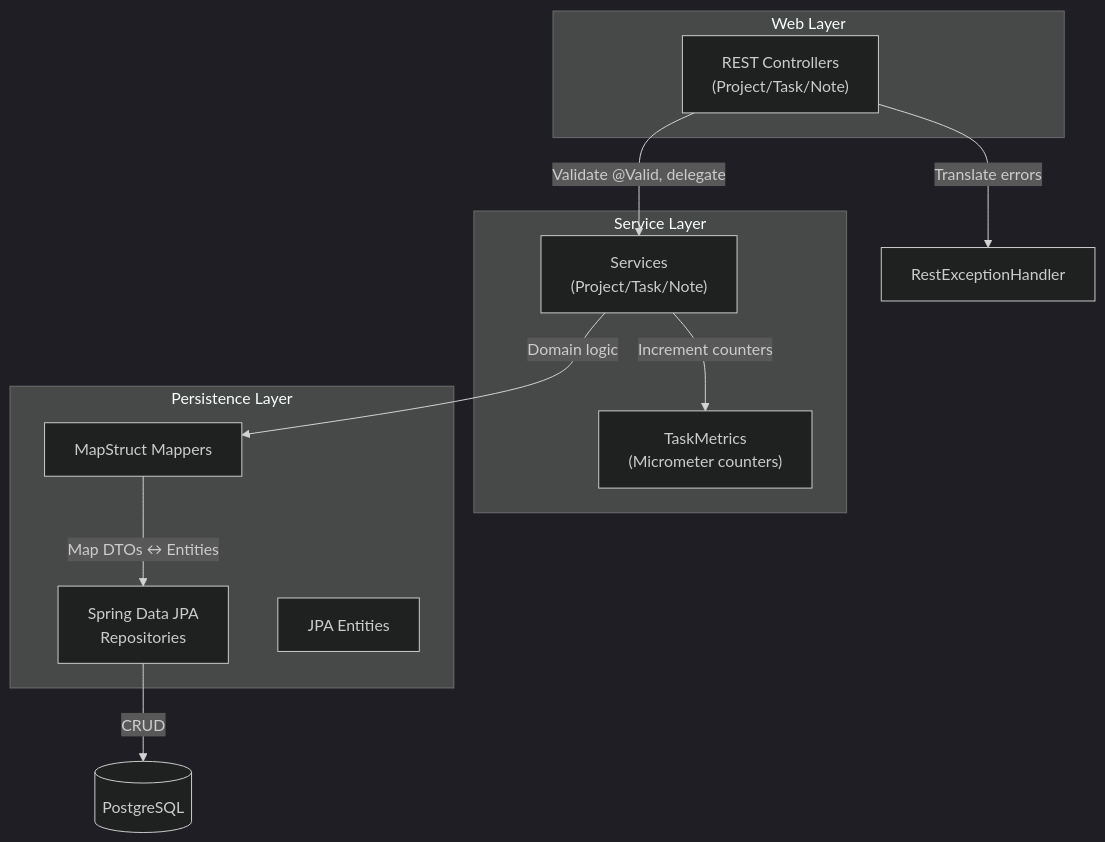
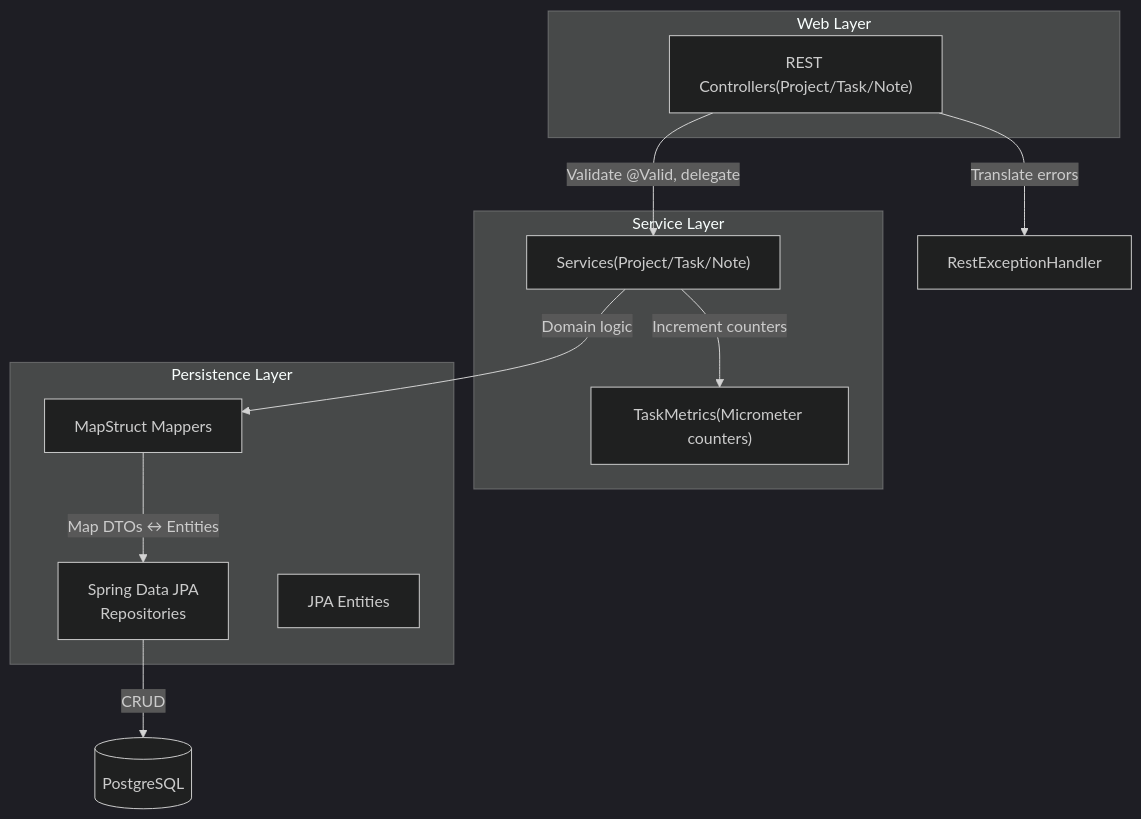
Before and after one commit to genzitizens/TaskManagement-Backend: the second of 4 diagrams in docs/architecture-diagrams.md, drawn with Mermaid (dark theme). The commit also changed other lines of this file, not shown here.

Commit message:
Updated Architecture Diagram

````diff
--- a/docs/architecture-diagrams.md
+++ b/docs/architecture-diagrams.md
@@ -24,21 +24,21 @@
 ```mermaid
 flowchart TD
     subgraph WebLayer[Web Layer]
-        Controllers["REST Controllers\n(Project/Task/Note)"]
+        Controllers["REST Controllers(Project/Task/Note)"]
     end
     subgraph ServiceLayer[Service Layer]
-        Services["Services\n(Project/Task/Note)"]
-        Metrics["TaskMetrics\n(Micrometer counters)"]
+        Services["Services(Project/Task/Note)"]
+        Metrics["TaskMetrics(Micrometer counters)"]
     end
     subgraph PersistenceLayer[Persistence Layer]
         Mappers["MapStruct Mappers"]
         Repositories["Spring Data JPA\nRepositories"]
         Entities["JPA Entities"]
     end
     Controllers -->|"Validate @Valid, delegate"| Services
     Services -->|"Domain logic"| Mappers
     Mappers -->|"Map DTOs ↔ Entities"| Repositories
     Repositories -->|"CRUD"| PostgreSQL[(PostgreSQL)]
     Services -->|"Increment counters"| Metrics
     Controllers -->|"Translate errors"| ExceptionHandler["RestExceptionHandler"]
 ```
````
